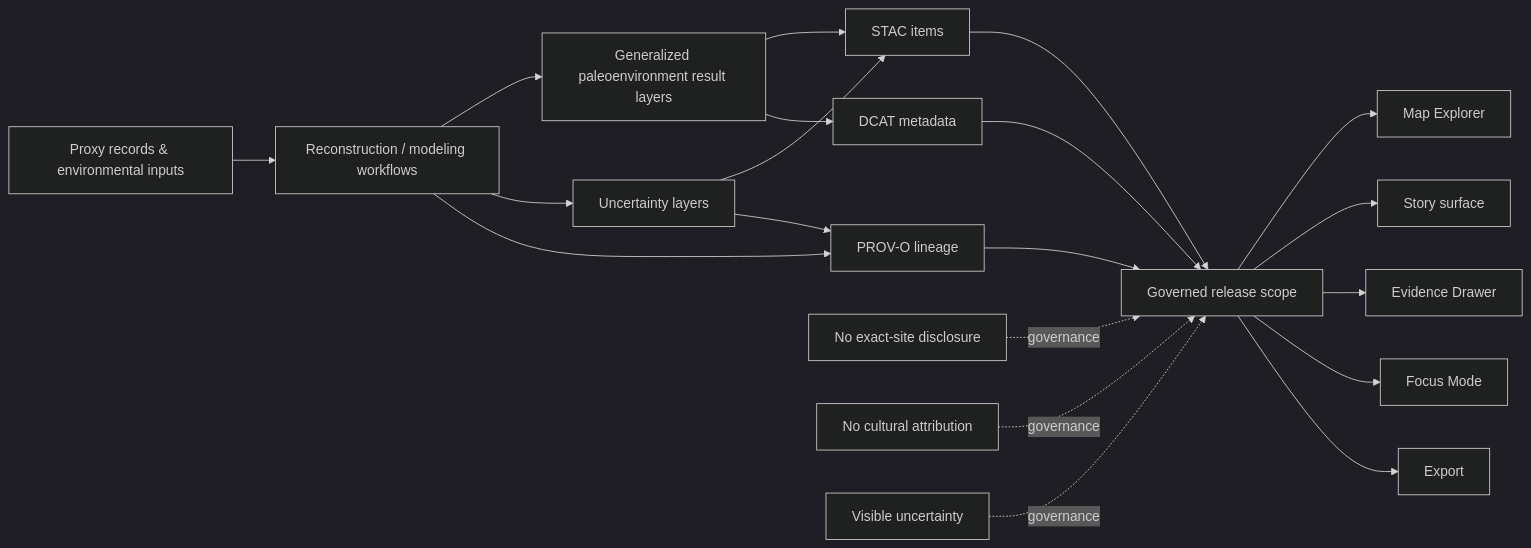
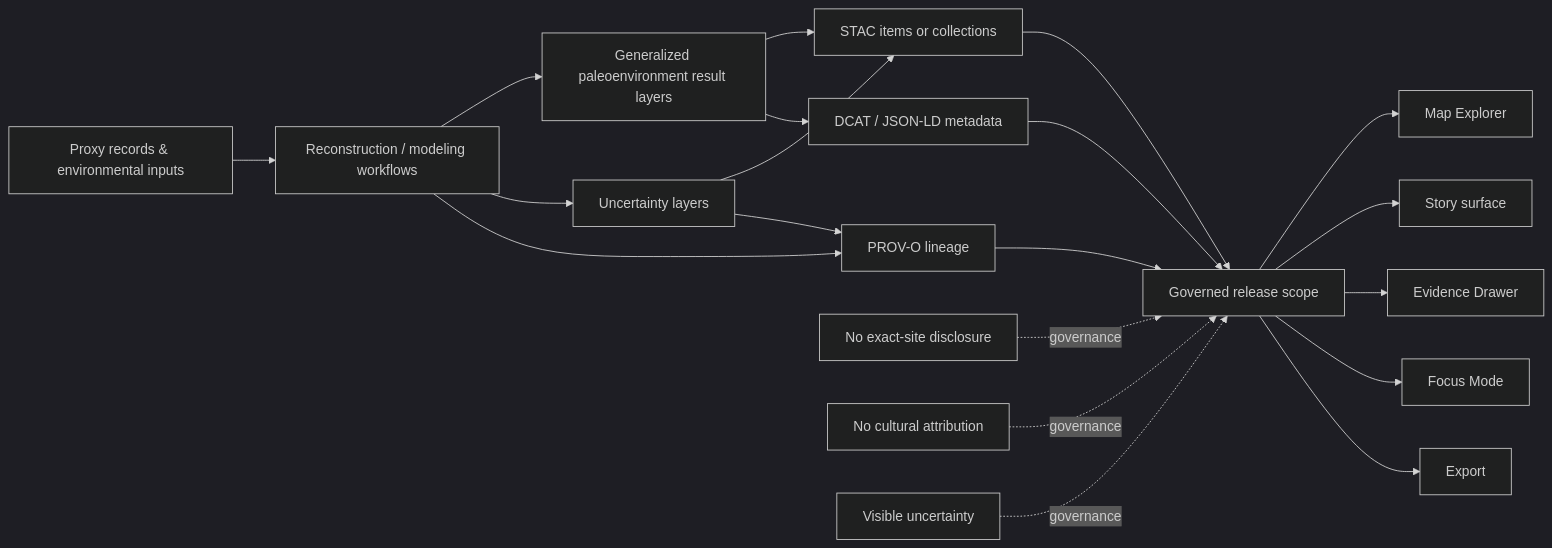
One commit to bartytime4life/Kansas-Frontier-Matrix changed the diagram in docs/analyses/archaeology/results/paleoenvironment/README.md. Above: the diagram before and after it, drawn with Mermaid (dark theme). The commit also changed other lines of this file, not shown here.

````diff
--- a/docs/analyses/archaeology/results/paleoenvironment/README.md
+++ b/docs/analyses/archaeology/results/paleoenvironment/README.md
@@ -176,23 +189,23 @@
 ```mermaid
 flowchart LR
     A[Proxy records & environmental inputs] --> B[Reconstruction / modeling workflows]
     B --> C[Generalized paleoenvironment result layers]
     B --> D[Uncertainty layers]
-    C --> E[STAC items]
-    C --> F[DCAT metadata]
+    C --> E[STAC items or collections]
+    C --> F[DCAT / JSON-LD metadata]
     B --> G[PROV-O lineage]
     D --> E
     D --> G
     E --> H[Governed release scope]
     F --> H
     G --> H
     H --> I[Map Explorer]
     H --> J[Story surface]
     H --> K[Evidence Drawer]
     H --> L[Focus Mode]
     H --> M[Export]
 
     N[No exact-site disclosure] -. governance .-> H
     O[No cultural attribution] -. governance .-> H
     P[Visible uncertainty] -. governance .-> H
 ```
````
